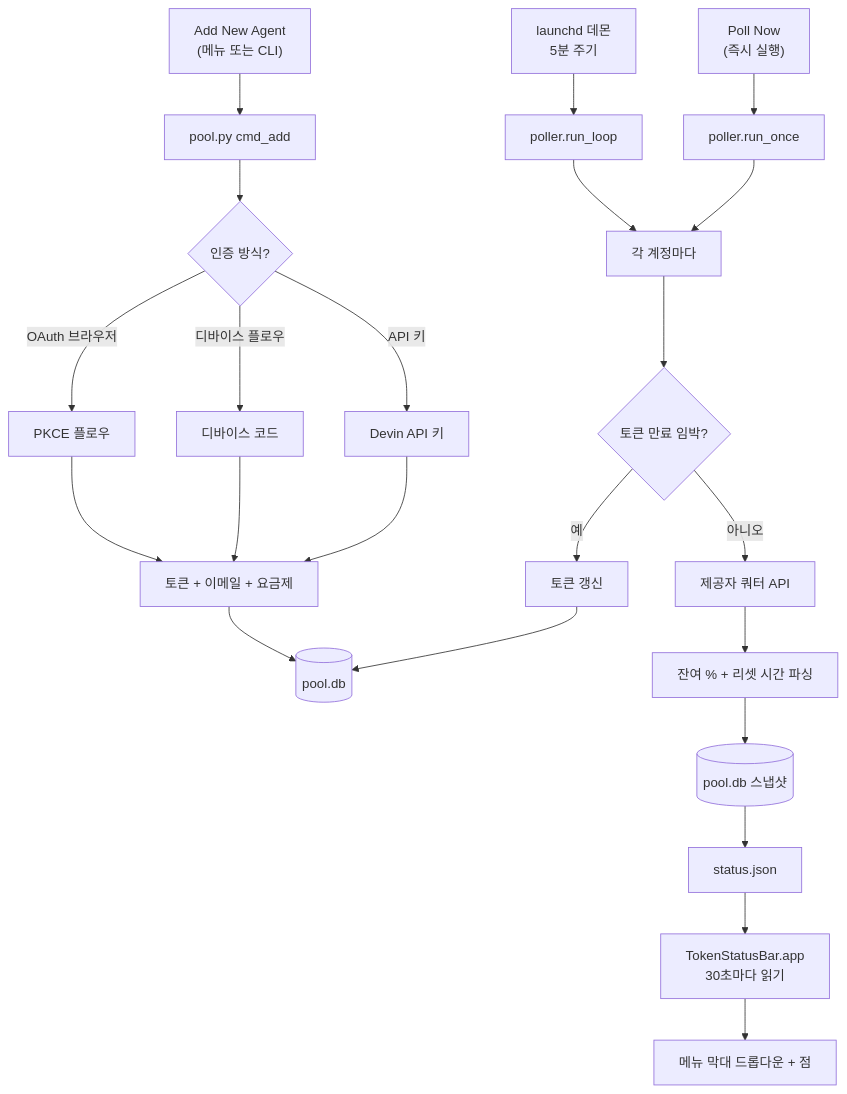
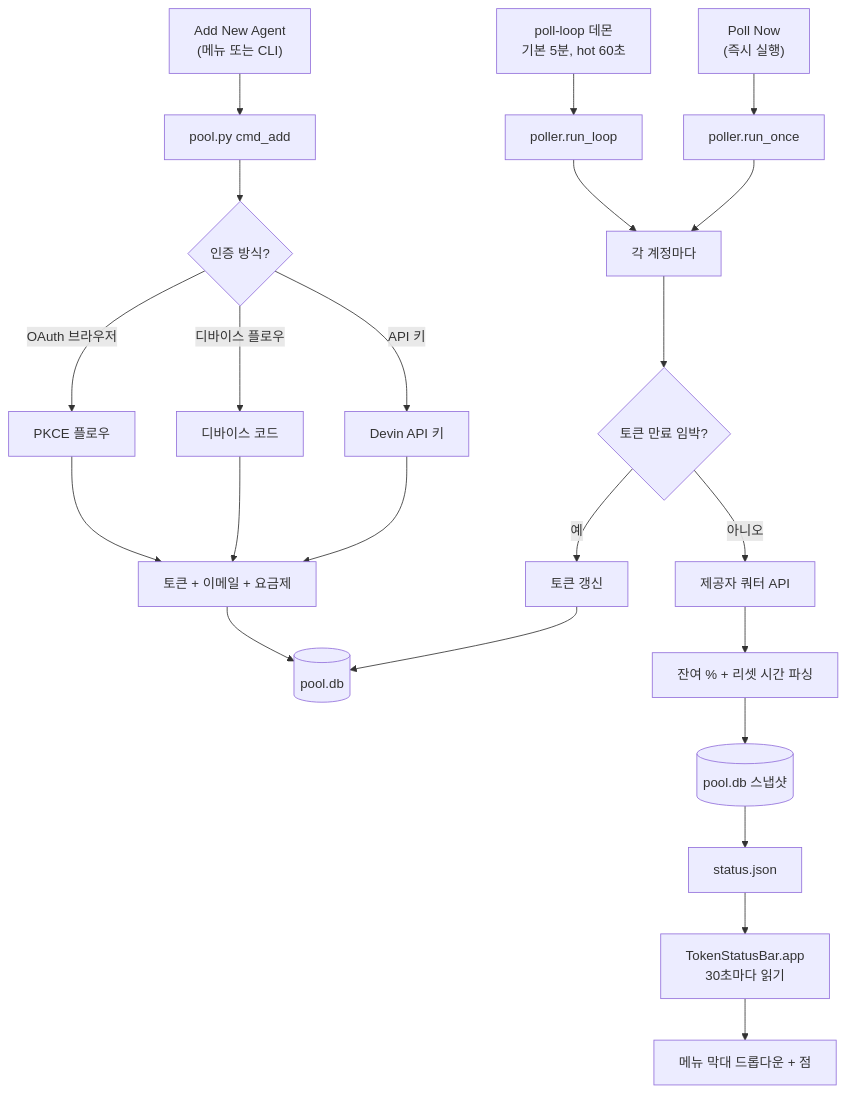
The first of 3 diagrams in README.ko.md (bytonylee/token-status-bar), drawn with Mermaid before and after one commit. The commit also changed other lines of this file and 19 other files, not shown here.

````diff
--- a/README.ko.md
+++ b/README.ko.md
@@ -88,26 +93,26 @@
 ```mermaid
 flowchart TD
     A["Add New Agent<br/>(메뉴 또는 CLI)"] --> B[pool.py cmd_add]
     B --> C{인증 방식?}
     C -->|OAuth 브라우저| D[PKCE 플로우]
     C -->|디바이스 플로우| E[디바이스 코드]
     C -->|API 키| F[Devin API 키]
     D --> G[토큰 + 이메일 + 요금제]
     E --> G
     F --> G
     G --> H[(pool.db)]
 
-    I[launchd 데몬<br/>5분 주기] --> J[poller.run_loop]
+    I[poll-loop 데몬<br/>기본 5분, hot 60초] --> J[poller.run_loop]
     K["Poll Now<br/>(즉시 실행)"] --> L[poller.run_once]
     J --> M[각 계정마다]
     L --> M
     M --> N{토큰 만료 임박?}
     N -->|예| O[토큰 갱신]
     O --> H
     N -->|아니오| P[제공자 쿼터 API]
     P --> Q[잔여 % + 리셋 시간 파싱]
     Q --> R[(pool.db 스냅샷)]
     R --> S[status.json]
     S --> T["TokenStatusBar.app<br/>30초마다 읽기"]
     T --> U[메뉴 막대 드롭다운 + 점]
 ```
````
